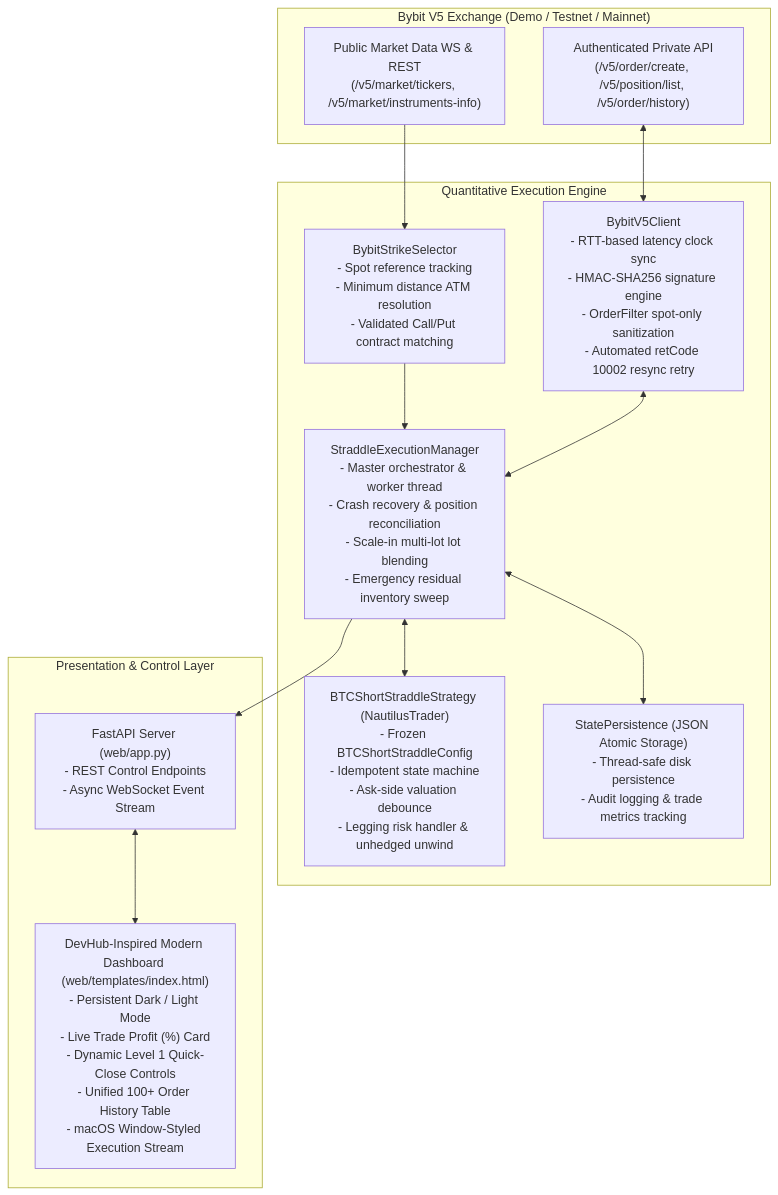
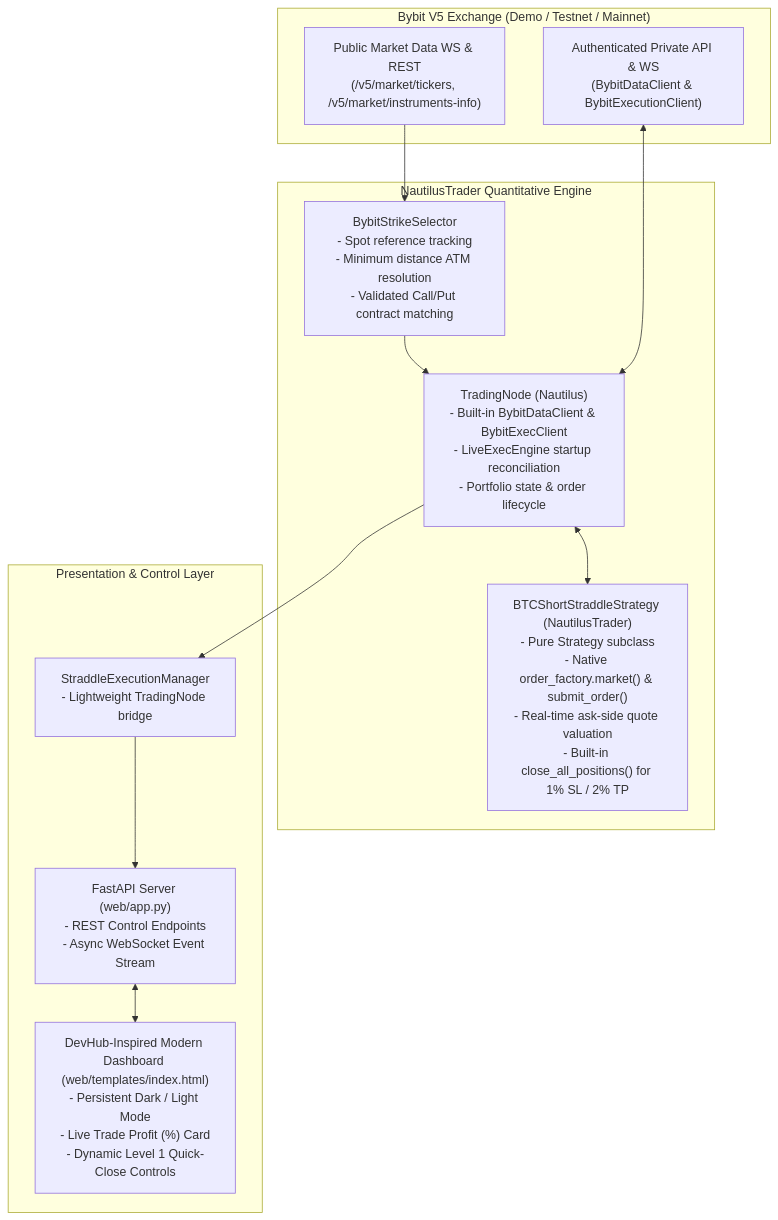
The diagram in README.md (Amankum25/mernplus-intern-assignment), drawn with Mermaid before and after one commit. The commit also changed other lines of this file and 6 other files, not shown here.

Commit message:
refactor: remove redundant machinery in favor of native NautilusTrader Bybit live adapters

````diff
--- a/README.md
+++ b/README.md
@@ -97,29 +97,27 @@
 ```mermaid
 flowchart TD
     subgraph BybitVenue["Bybit V5 Exchange (Demo / Testnet / Mainnet)"]
         MarketData["Public Market Data WS & REST\n(/v5/market/tickers, /v5/market/instruments-info)"]
-        PrivateAPI["Authenticated Private API\n(/v5/order/create, /v5/position/list, /v5/order/history)"]
+        PrivateAPI["Authenticated Private API & WS\n(BybitDataClient & BybitExecutionClient)"]
     end
 
-    subgraph CoreEngine["Quantitative Execution Engine"]
+    subgraph CoreEngine["NautilusTrader Quantitative Engine"]
         Selector["BybitStrikeSelector\n- Spot reference tracking\n- Minimum distance ATM resolution\n- Validated Call/Put contract matching"]
-        Client["BybitV5Client\n- RTT-based latency clock sync\n- HMAC-SHA256 signature engine\n- OrderFilter spot-only sanitization\n- Automated retCode 10002 resync retry"]
-        Manager["StraddleExecutionManager\n- Master orchestrator & worker thread\n- Crash recovery & position reconciliation\n- Scale-in multi-lot lot blending\n- Emergency residual inventory sweep"]
-        Strategy["BTCShortStraddleStrategy (NautilusTrader)\n- Frozen BTCShortStraddleConfig\n- Idempotent state machine\n- Ask-side valuation debounce\n- Legging risk handler & unhedged unwind"]
-        Persistence["StatePersistence (JSON Atomic Storage)\n- Thread-safe disk persistence\n- Audit logging & trade metrics tracking"]
+        Node["TradingNode (Nautilus)\n- Built-in BybitDataClient & BybitExecClient\n- LiveExecEngine startup reconciliation\n- Portfolio state & order lifecycle"]
+        Strategy["BTCShortStraddleStrategy (NautilusTrader)\n- Pure Strategy subclass\n- Native order_factory.market() & submit_order()\n- Real-time ask-side quote valuation\n- Built-in close_all_positions() for 1% SL / 2% TP"]
     end
 
     subgraph InterfaceLayer["Presentation & Control Layer"]
+        Manager["StraddleExecutionManager\n- Lightweight TradingNode bridge"]
         FastAPI["FastAPI Server (web/app.py)\n- REST Control Endpoints\n- Async WebSocket Event Stream"]
-        DevHubUI["DevHub-Inspired Modern Dashboard (web/templates/index.html)\n- Persistent Dark / Light Mode\n- Live Trade Profit (%) Card\n- Dynamic Level 1 Quick-Close Controls\n- Unified 100+ Order History Table\n- macOS Window-Styled Execution Stream"]
+        DevHubUI["DevHub-Inspired Modern Dashboard (web/templates/index.html)\n- Persistent Dark / Light Mode\n- Live Trade Profit (%) Card\n- Dynamic Level 1 Quick-Close Controls"]
     end
 
     MarketData --> Selector
-    Selector --> Manager
-    PrivateAPI <--> Client
-    Client <--> Manager
-    Manager <--> Strategy
-    Manager <--> Persistence
+    Selector --> Node
+    PrivateAPI <--> Node
+    Node <--> Strategy
+    Node --> Manager
     Manager --> FastAPI
     FastAPI <--> DevHubUI
 ```
````
